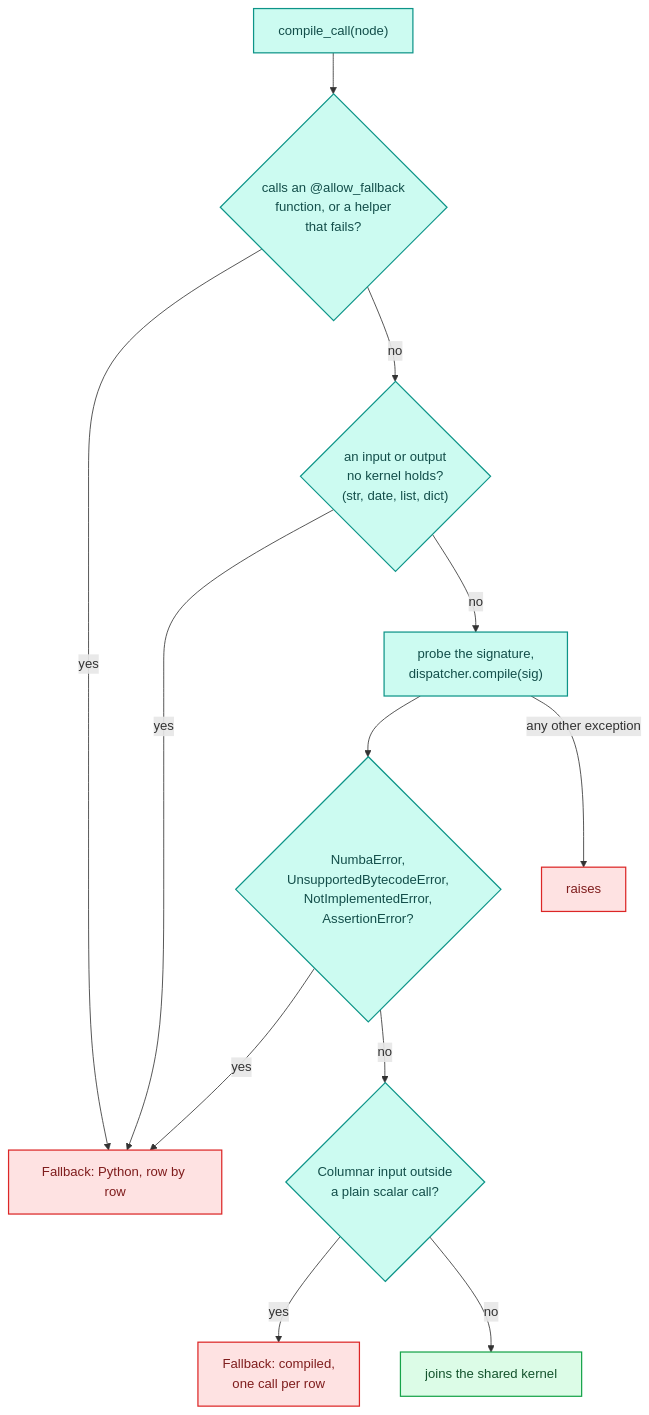
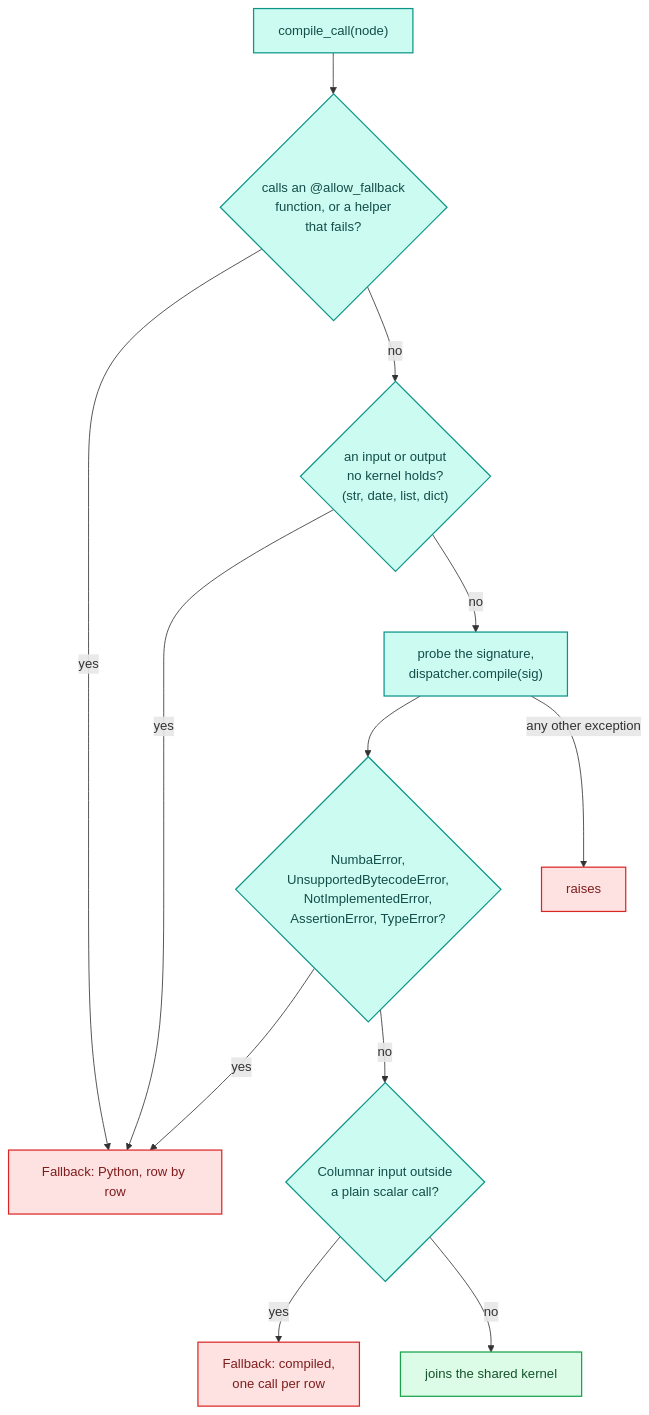
The first of 2 diagrams in docs/architecture/engine/cache.md (capitec/dsp-decision-engine), drawn with Mermaid before and after one commit. The commit also changed other lines of this file and 4 other files, not shown here.

Commit message:
compile: a TypeError from numba while compiling a step falls back to Python like other compile errors; GUIDE says how run holds mixed-type fields

````diff
--- a/docs/architecture/engine/cache.md
+++ b/docs/architecture/engine/cache.md
@@ -207,17 +208,17 @@
 ```mermaid
 flowchart TD
     start["compile_call(node)"]:::engine --> helper{"calls an @allow_fallback<br/>function, or a helper<br/>that fails?"}:::engine
     helper -->|"yes"| py["Fallback: Python, row by row"]:::error
     helper -->|"no"| types{"an input or output<br/>no kernel holds?<br/>(str, date, list, dict)"}:::engine
     types -->|"yes"| py
     types -->|"no"| probe["probe the signature,<br/>dispatcher.compile(sig)"]:::engine
-    probe --> err{"NumbaError,<br/>UnsupportedBytecodeError,<br/>NotImplementedError,<br/>AssertionError?"}:::engine
+    probe --> err{"NumbaError,<br/>UnsupportedBytecodeError,<br/>NotImplementedError,<br/>AssertionError, TypeError?"}:::engine
     err -->|"yes"| py
     err -->|"no"| shape{"Columnar input outside<br/>a plain scalar call?"}:::engine
     shape -->|"yes"| per["Fallback: compiled,<br/>one call per row"]:::error
     shape -->|"no"| kern["joins the shared kernel"]:::data
     probe -->|"any other exception"| raise["raises"]:::error
     classDef engine fill:#ccfbf1,stroke:#0d9488,color:#134e4a,stroke-width:1.5px;
     classDef data fill:#dcfce7,stroke:#16a34a,color:#14532d,stroke-width:1.5px;
     classDef error fill:#fee2e2,stroke:#dc2626,color:#7f1d1d,stroke-width:1.5px;
 ```
````
